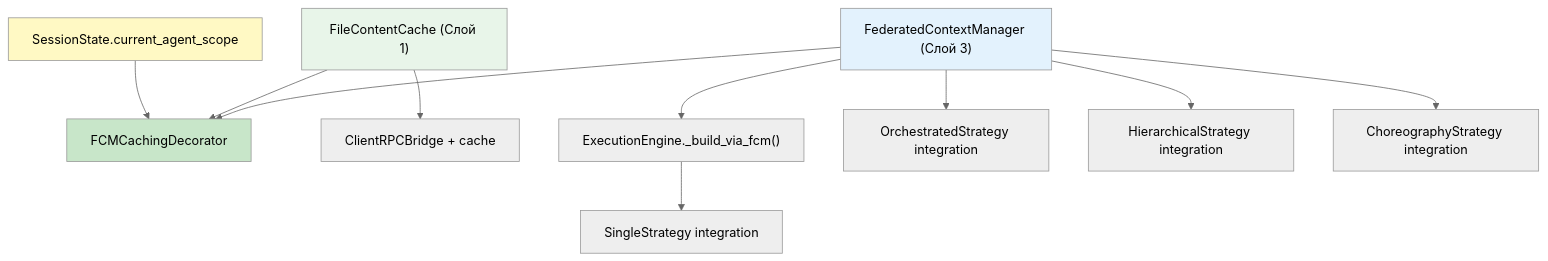
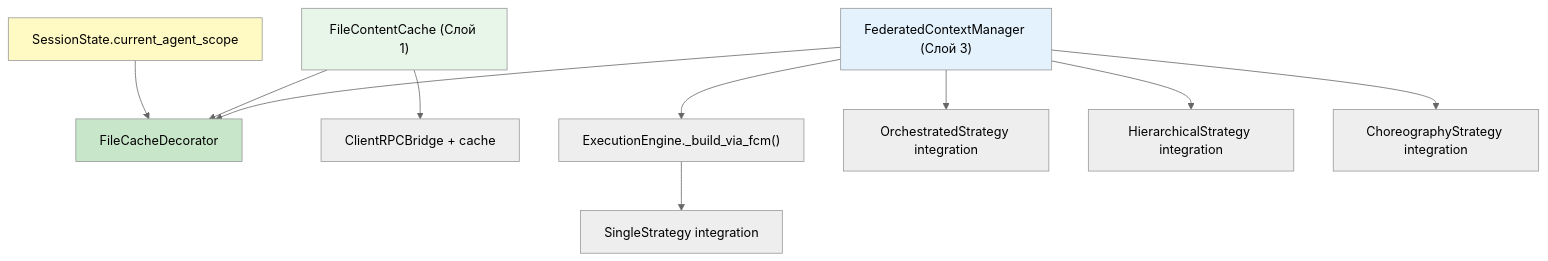
One commit to pese-git/codelab-agent changed diagram 21 of 21 in doc/internals/architecture/fcm/AGENT_LOOP_INTEGRATION.md. Above: the diagram before and after it, drawn with Mermaid (neutral theme). The commit also changed other lines of this file and 6 other files, not shown here.

````diff
--- a/doc/internals/architecture/fcm/AGENT_LOOP_INTEGRATION.md
+++ b/doc/internals/architecture/fcm/AGENT_LOOP_INTEGRATION.md
@@ -1357,17 +1351,17 @@
 ```mermaid
 graph TB
-    A["SessionState.current_agent_scope"] --> B["FCMCachingDecorator"]
+    A["SessionState.current_agent_scope"] --> B["FileCacheDecorator"]
     C["FileContentCache (Слой 1)"] --> B
     C --> D["ClientRPCBridge + cache"]
     E["FederatedContextManager (Слой 3)"] --> B
     E --> F["ExecutionEngine._build_via_fcm()"]
     F --> G["SingleStrategy integration"]
     E --> H["OrchestratedStrategy integration"]
     E --> I["HierarchicalStrategy integration"]
     E --> J["ChoreographyStrategy integration"]
     
     style A fill:#fff9c4
     style B fill:#c8e6c9
     style C fill:#e8f5e9
     style E fill:#e3f2fd
 ```
````
